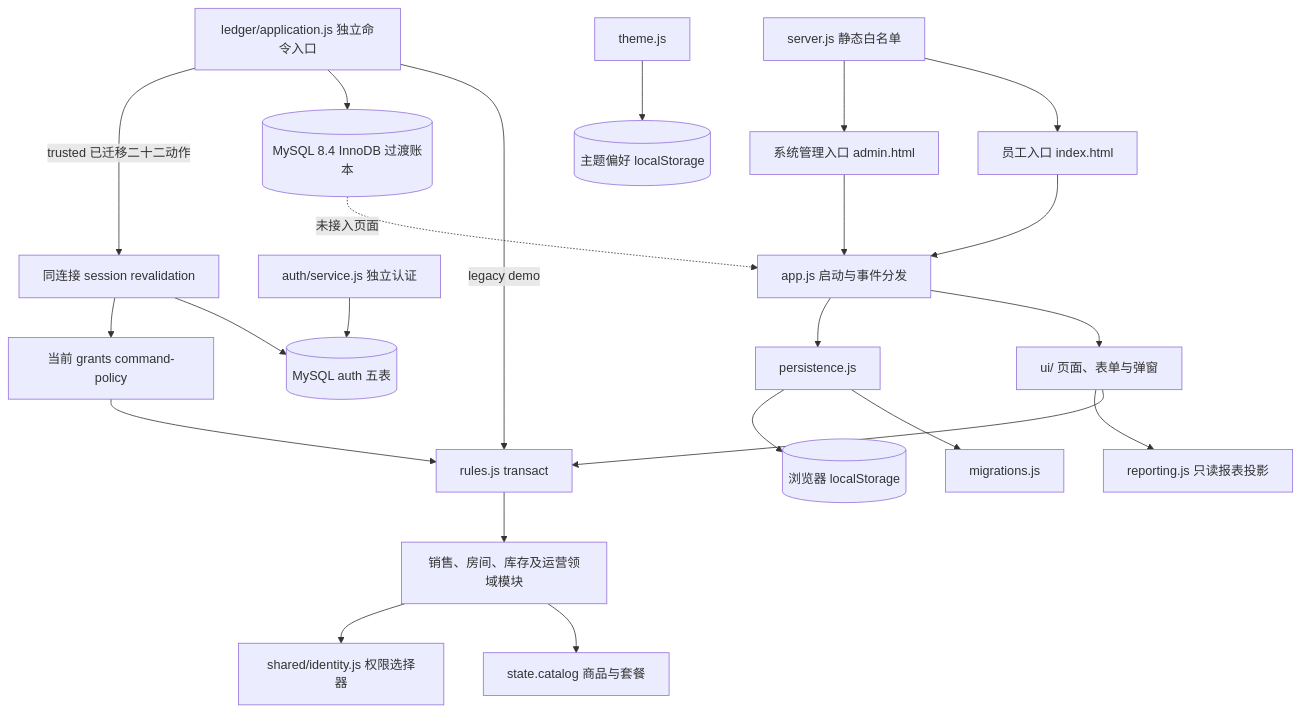
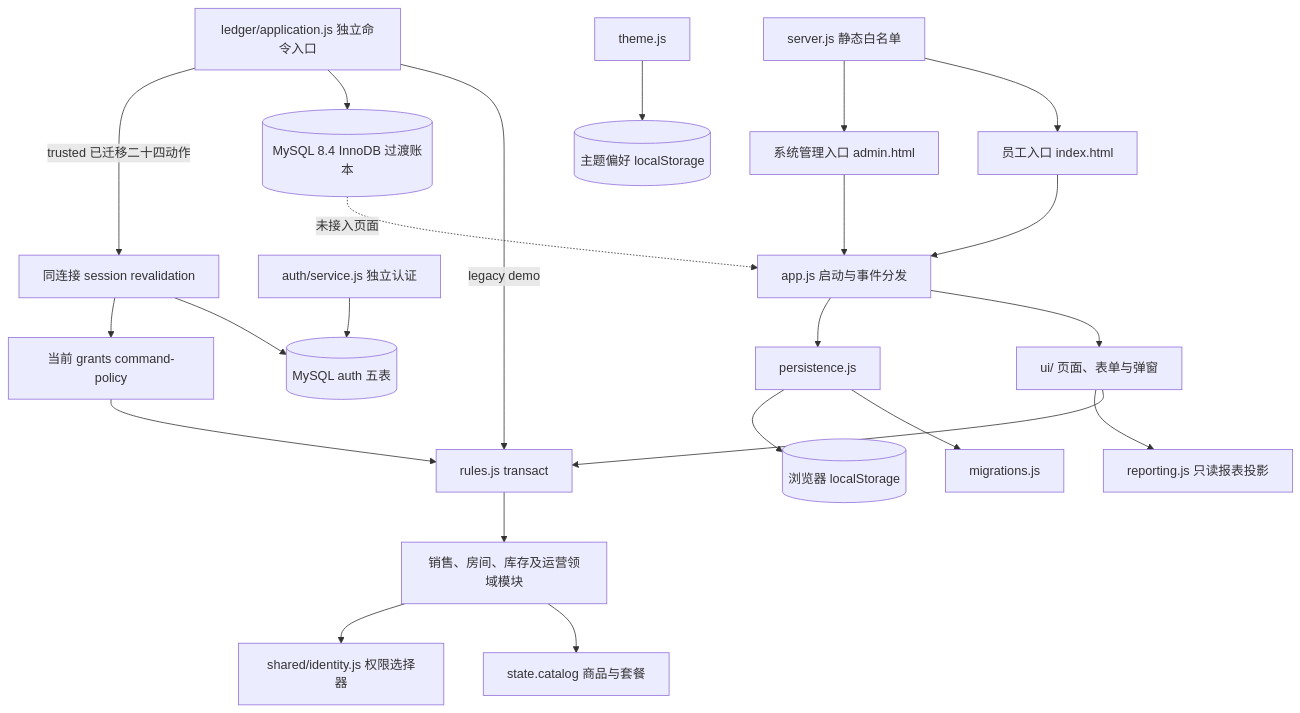
Before and after one commit to Richard-Zhuo/codex-KTV: the diagram in docs/ARCHITECTURE.md, drawn with Mermaid. The commit also changed other lines of this file and 15 other files, not shown here.

````diff
--- a/docs/ARCHITECTURE.md
+++ b/docs/ARCHITECTURE.md
@@ -7,25 +7,25 @@
 ```mermaid
 flowchart TD
   E[员工入口 index.html] --> APP[app.js 启动与事件分发]
   A[系统管理入口 admin.html] --> APP
   APP --> UI[ui/ 页面、表单与弹窗]
   APP --> P[persistence.js]
   P --> M[migrations.js]
   P --> LS[(浏览器 localStorage)]
   UI --> TX[rules.js transact]
   TX --> D[销售、房间、库存及运营领域模块]
   UI --> REP[reporting.js 只读报表投影]
   D --> C[state.catalog 商品与套餐]
   D --> ID[shared/identity.js 权限选择器]
   T[theme.js] --> PREF[(主题偏好 localStorage)]
   S[server.js 静态白名单] --> E
   S --> A
   L[ledger/application.js 独立命令入口] -->|legacy demo| TX
   L --> DB[(MySQL 8.4 InnoDB 过渡账本)]
   AUTH[auth/service.js 独立认证] --> AUTHDB[(MySQL auth 五表)]
-  L -->|trusted 已迁移二十二动作| RV[同连接 session revalidation]
+  L -->|trusted 已迁移二十四动作| RV[同连接 session revalidation]
   RV --> AUTHDB
   RV --> CP[当前 grants command-policy]
   CP --> TX
   DB -. 未接入页面 .-> APP
 ```
````
